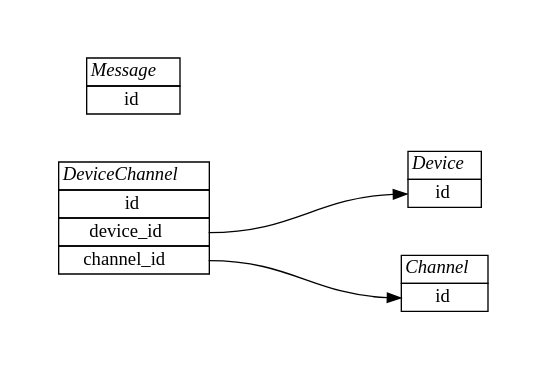
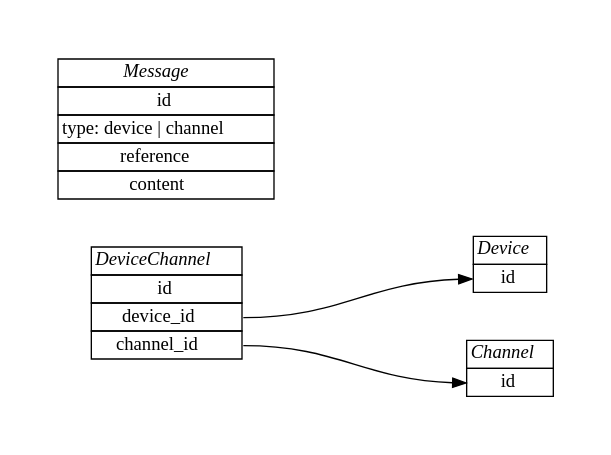
The diagram in docs/architecture/domain.rst (knowark/instark), drawn with Graphviz before and after one commit. The commit also changed 2 other files, not shown here.

Commit message:
Define basic communication protocol

```diff
--- a/docs/architecture/domain.rst
+++ b/docs/architecture/domain.rst
@@ -9,37 +9,40 @@
 .. graphviz::
 
    digraph {
     graph [pad="0.5", nodesep="0.5", ranksep="2"];
     node [shape=plain]
     rankdir=LR;
 
     Device [label=<
     <table border="0" cellborder="1" cellspacing="0">
     <tr><td><i>Device</i></td></tr>
     <tr><td port="id">id</td></tr>
     </table>>];
 
     Channel [label=<
     <table border="0" cellborder="1" cellspacing="0">
     <tr><td><i>Channel</i></td></tr>
     <tr><td port="id">id</td></tr>
     </table>>];
 
     DeviceChannel [label=<
     <table border="0" cellborder="1" cellspacing="0">
     <tr><td><i>DeviceChannel</i></td></tr>
     <tr><td port="id">id</td></tr>
     <tr><td port="device_id">device_id</td></tr>
     <tr><td port="channel_id">channel_id</td></tr>
     </table>>];
 
     Message [label=<
     <table border="0" cellborder="1" cellspacing="0">
     <tr><td><i>Message</i></td></tr>
     <tr><td port="id">id</td></tr>
+    <tr><td port="type">type: device | channel</td></tr>
+    <tr><td port="reference">reference</td></tr>
+    <tr><td port="content">content</td></tr>
     </table>>];
 
     DeviceChannel:device_id -> Device:id;
     DeviceChannel:channel_id -> Channel:id;
 
     }
```
